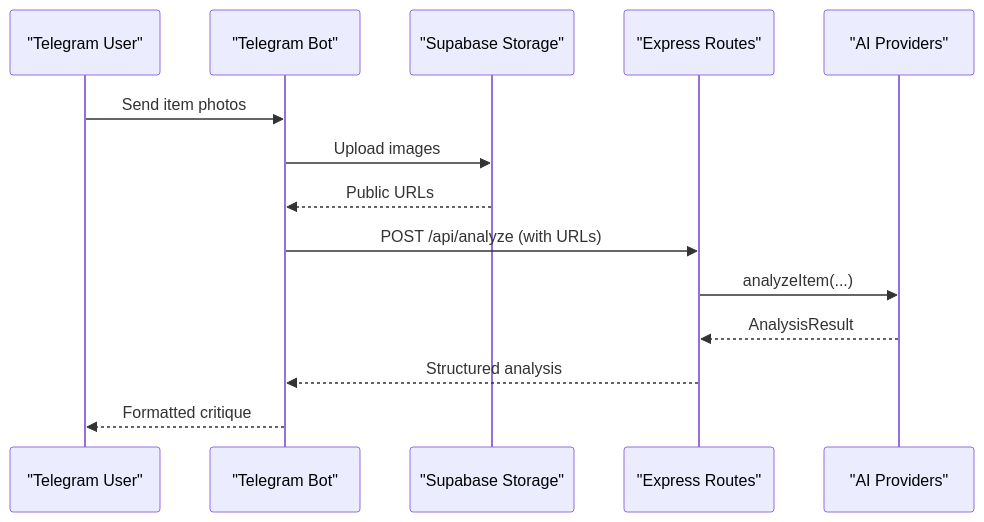
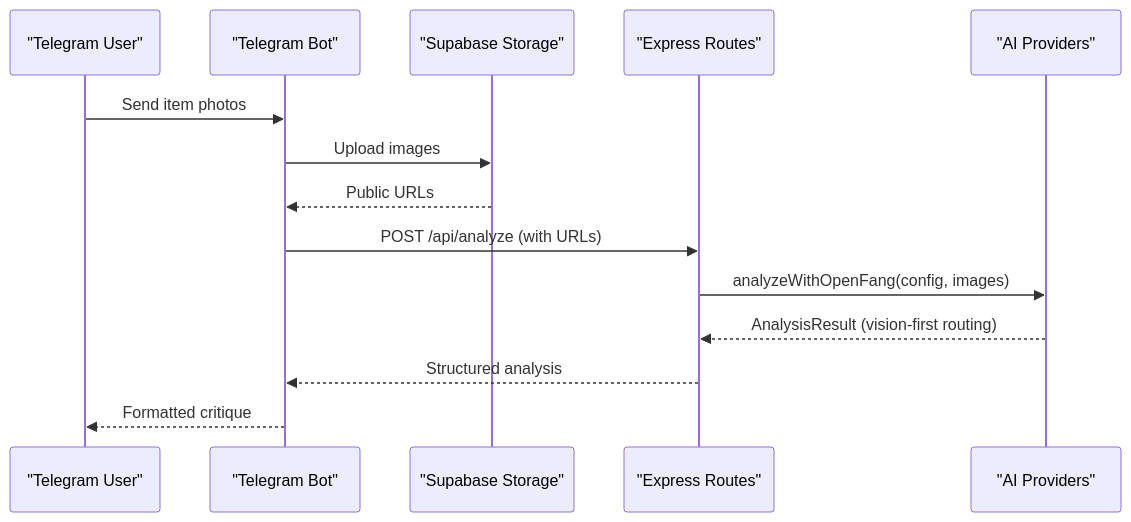
Before and after one commit to hunglevi87/Hidden-Gem: the fifth of 9 diagrams in .qoder/repowiki/en/content/Architecture Overview/TRS Integration Plan.md, drawn with Mermaid. The commit also changed other lines of this file and 53 other files, not shown here.

First line of the commit message:
feat(ai-provider): set Gemini as default provider with OpenFang fallback

````diff
--- a/.qoder/repowiki/en/content/Architecture Overview/TRS Integration Plan.md
+++ b/.qoder/repowiki/en/content/Architecture Overview/TRS Integration Plan.md
@@ -239,16 +251,16 @@
 ```mermaid
 sequenceDiagram
 participant User as "Telegram User"
 participant Bot as "Telegram Bot"
 participant Storage as "Supabase Storage"
 participant API as "Express Routes"
 participant AI as "AI Providers"
 User->>Bot : Send item photos
 Bot->>Storage : Upload images
 Storage-->>Bot : Public URLs
 Bot->>API : POST /api/analyze (with URLs)
-API->>AI : analyzeItem(...)
-AI-->>API : AnalysisResult
+API->>AI : analyzeWithOpenFang(config, images)
+AI-->>API : AnalysisResult (vision-first routing)
 API-->>Bot : Structured analysis
 Bot-->>User : Formatted critique
 ```
````
